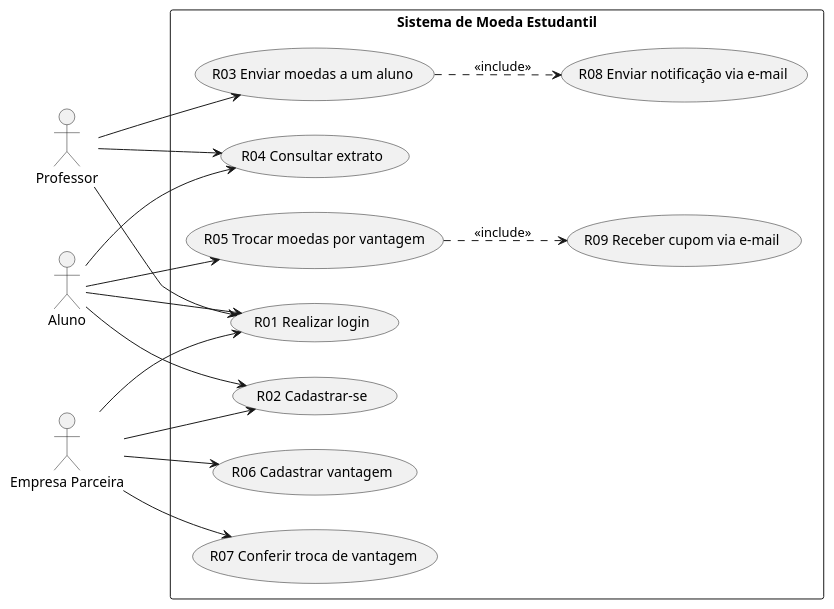
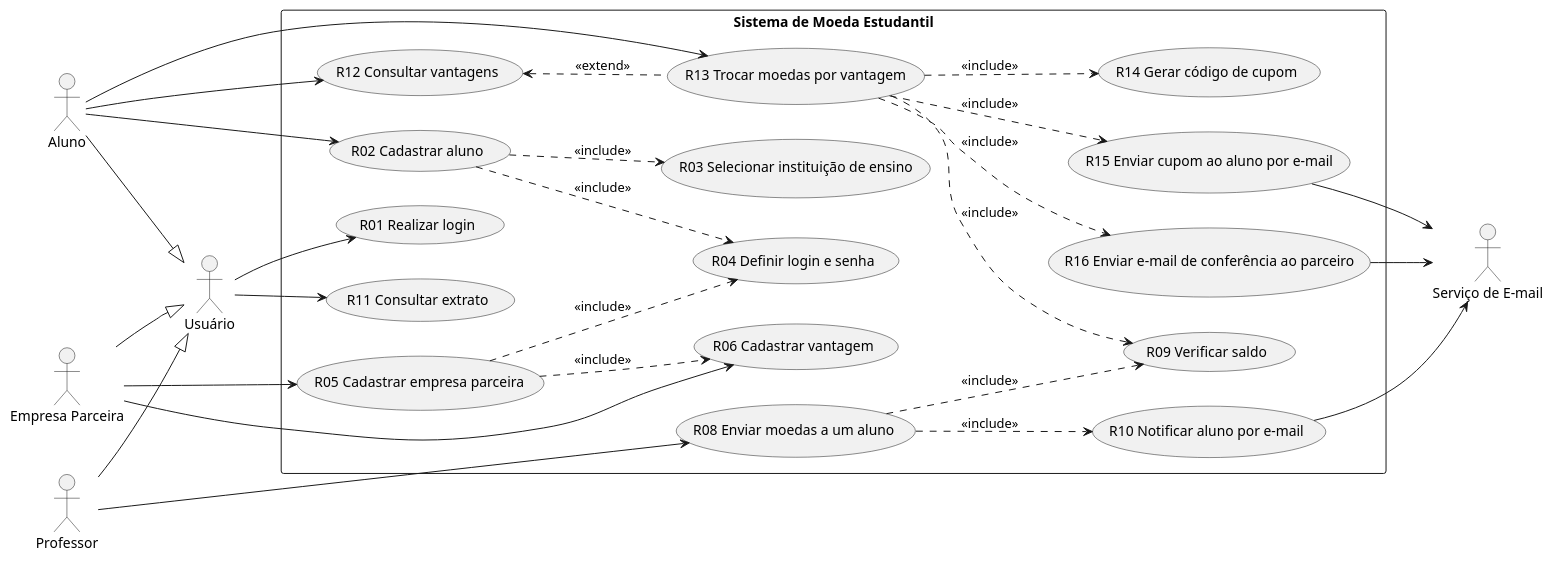
One commit to devglucas/Lab03S01---Moeda-Estudantil changed the diagram in docs/caso_de_uso.puml. Above: the diagram before and after it, drawn with PlantUML.

Commit message:
update caso de uso puma

```diff
--- a/docs/caso_de_uso.puml
+++ b/docs/caso_de_uso.puml
@@ -1,37 +1,68 @@
 @startuml casos_de_uso_moeda
 left to right direction
 skinparam packageStyle rectangle
 
+' ===== Atores =====
+actor "Usuário" as Usuario
 actor Aluno
 actor Professor
 actor "Empresa Parceira" as Empresa
+actor "Serviço de E-mail" as Email
+
+Aluno --|> Usuario
+Professor --|> Usuario
+Empresa --|> Usuario
 
 rectangle "Sistema de Moeda Estudantil" {
   usecase "R01 Realizar login" as UC01
-  usecase "R02 Cadastrar-se" as UC02
-  usecase "R03 Enviar moedas a um aluno" as UC03
-  usecase "R04 Consultar extrato" as UC04
-  usecase "R05 Trocar moedas por vantagem" as UC05
+  usecase "R02 Cadastrar aluno" as UC02
+  usecase "R03 Selecionar instituição de ensino" as UC03
+  usecase "R04 Definir login e senha" as UC04
+  usecase "R05 Cadastrar empresa parceira" as UC05
   usecase "R06 Cadastrar vantagem" as UC06
-  usecase "R07 Conferir troca de vantagem" as UC07
-  usecase "R08 Enviar notificação via e-mail" as UC08
-  usecase "R09 Receber cupom via e-mail" as UC09
+  usecase "R08 Enviar moedas a um aluno" as UC08
+  usecase "R09 Verificar saldo" as UC09
+  usecase "R10 Notificar aluno por e-mail" as UC10
+  usecase "R11 Consultar extrato" as UC11
+  usecase "R12 Consultar vantagens" as UC12
+  usecase "R13 Trocar moedas por vantagem" as UC13
+  usecase "R14 Gerar código de cupom" as UC14
+  usecase "R15 Enviar cupom ao aluno por e-mail" as UC15
+  usecase "R16 Enviar e-mail de conferência ao parceiro" as UC16
+
 
 }
 
-Aluno --> UC01
+' ===== Associações =====
+Usuario --> UC01
+Usuario --> UC11
+
 Aluno --> UC02
-Aluno --> UC04
-Aluno --> UC05
-Professor --> UC01
-Professor --> UC03
-Professor --> UC04
-Empresa --> UC01
-Empresa --> UC02
+Aluno --> UC12
+Aluno --> UC13
+
+Professor --> UC08
+
+Empresa --> UC05
 Empresa --> UC06
-Empresa --> UC07
 
 
-UC03 ..> UC08 : <<include>>
-UC05 ..> UC09 : <<include>>
+UC10 --> Email
+UC15 --> Email
+UC16 --> Email
+
+' ===== Relacionamentos =====
+UC02 ..> UC03 : <<include>>
+UC02 ..> UC04 : <<include>>
+UC05 ..> UC04 : <<include>>
+UC05 ..> UC06 : <<include>>
+
+UC08 ..> UC09 : <<include>>
+UC08 ..> UC10 : <<include>>
+
+UC13 ..> UC09 : <<include>>
+UC13 ..> UC14 : <<include>>
+UC13 ..> UC15 : <<include>>
+UC13 ..> UC16 : <<include>>
+UC12 <.. UC13 : <<extend>>
 @enduml
```
